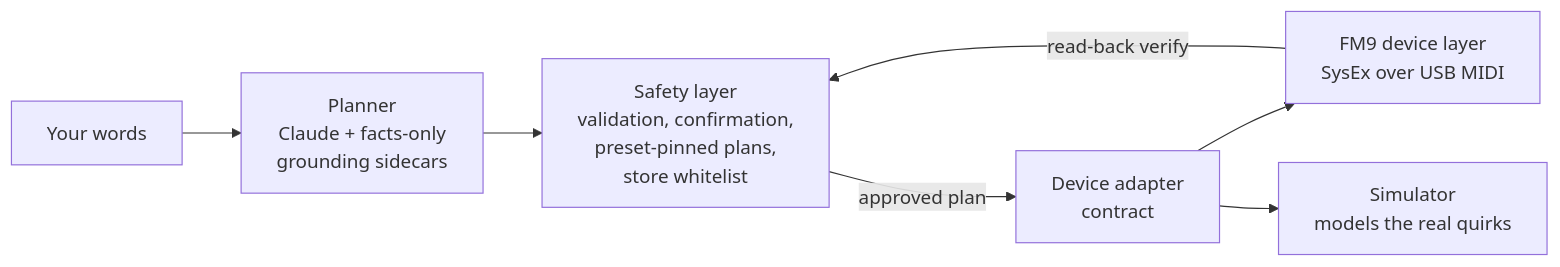
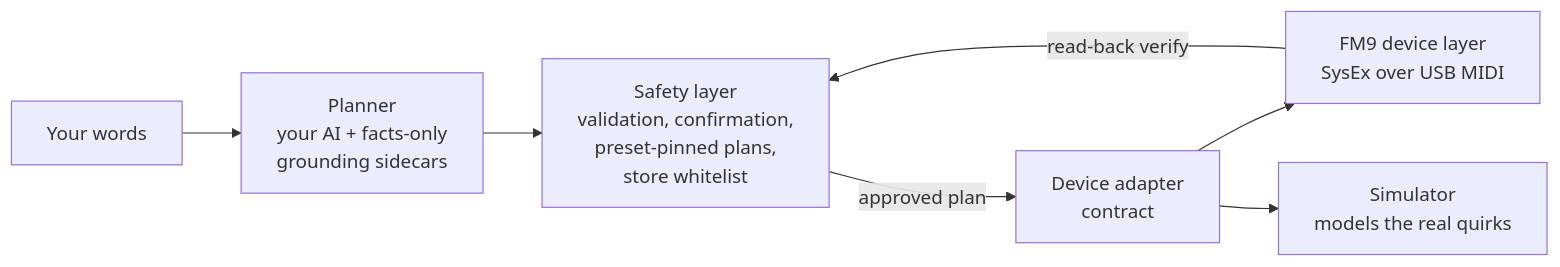
The diagram in README.md (monzta1/ToneCommand), drawn with Mermaid before and after one commit. The commit also changed other lines of this file and 5 other files, not shown here.

````diff
--- a/README.md
+++ b/README.md
@@ -263,9 +99,9 @@
 ```mermaid
 flowchart LR
-    U["Your words"] --> P["Planner<br/>Claude + facts-only<br/>grounding sidecars"]
+    U["Your words"] --> P["Planner<br/>your AI + facts-only<br/>grounding sidecars"]
     P --> V["Safety layer<br/>validation, confirmation,<br/>preset-pinned plans,<br/>store whitelist"]
     V -- "approved plan" --> A["Device adapter<br/>contract"]
     A --> D["FM9 device layer<br/>SysEx over USB MIDI"]
     A --> S["Simulator<br/>models the real quirks"]
     D -- "read-back verify" --> V
 ```
````
